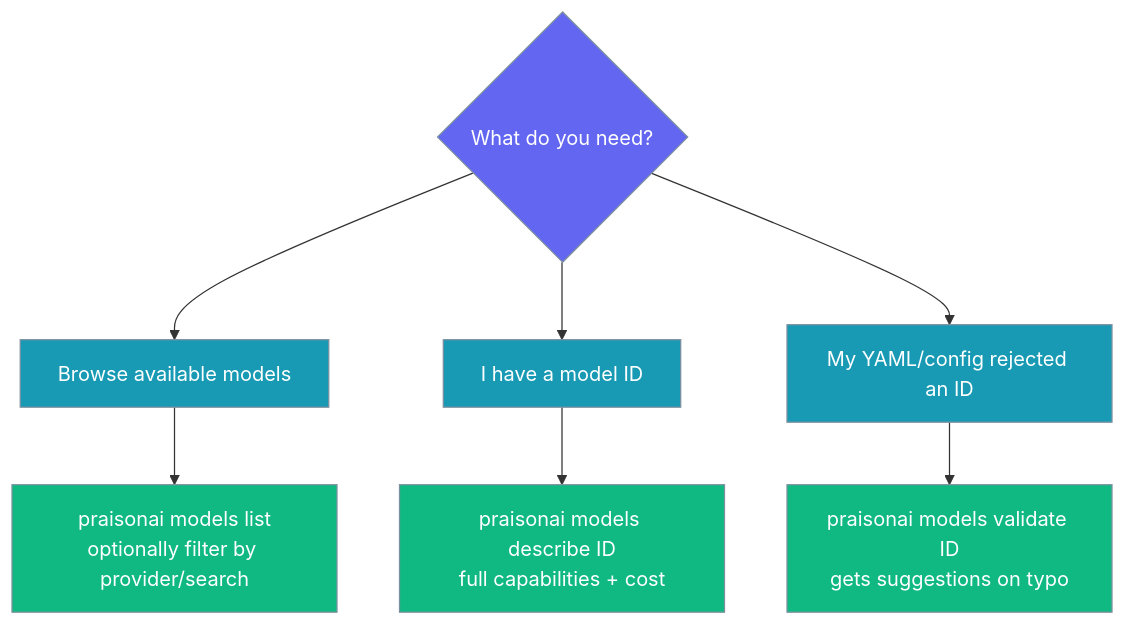
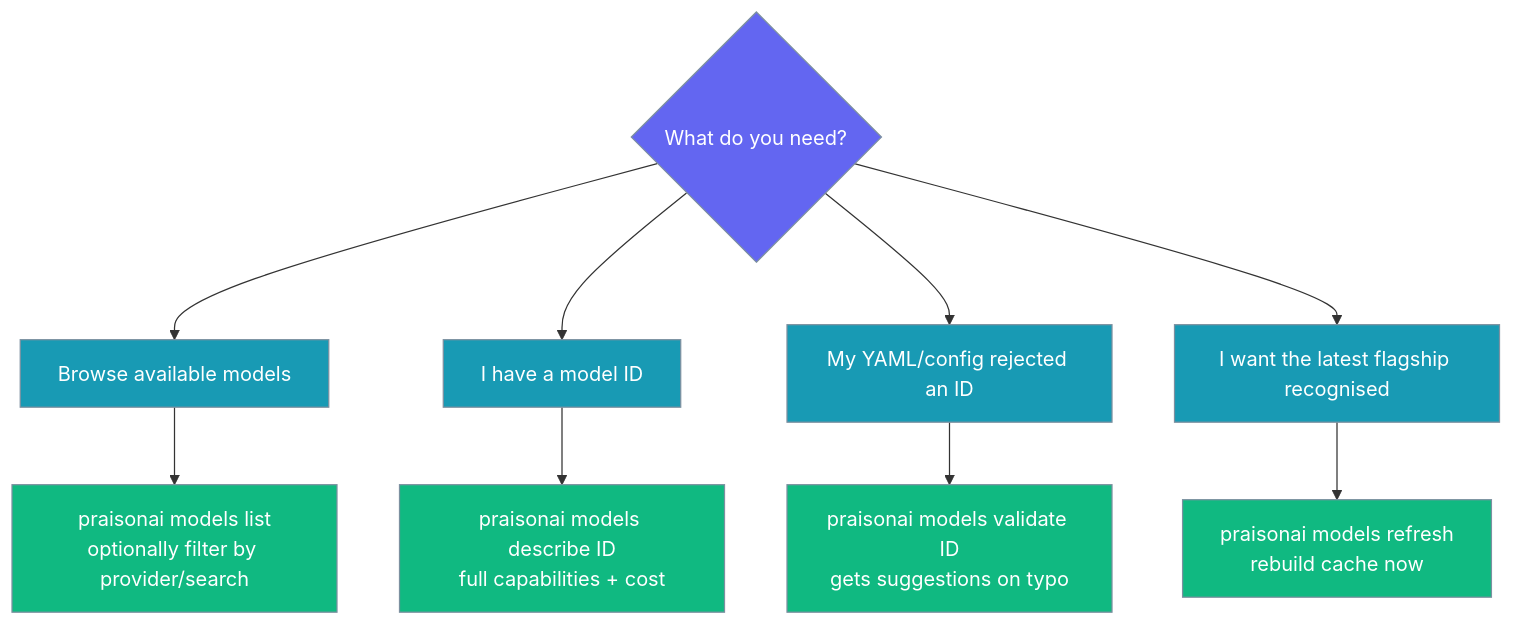
The sixth of 6 diagrams in docs/features/models-cli.mdx (MervinPraison/PraisonAIDocs), drawn with Mermaid before and after one commit. The commit also changed other lines of this file and 2 other files, not shown here.

Commit message:
docs: capability-ranked default model + praisonai models refresh (fixes #4471)

````diff
--- a/docs/features/models-cli.mdx
+++ b/docs/features/models-cli.mdx
@@ -360,18 +402,20 @@
 ```mermaid
 graph TB
     Q{What do you need?} --> A[Browse available models]
     Q --> B[I have a model ID]
     Q --> C[My YAML/config rejected an ID]
+    Q --> R[I want the latest flagship recognised]
 
     A --> L[praisonai models list\noptionally filter by provider/search]
     B --> D[praisonai models describe ID\nfull capabilities + cost]
     C --> V[praisonai models validate ID\ngets suggestions on typo]
+    R --> RF[praisonai models refresh\nrebuild cache now]
 
     classDef question fill:#6366F1,stroke:#7C90A0,color:#fff
     classDef action fill:#189AB4,stroke:#7C90A0,color:#fff
     classDef cmd fill:#10B981,stroke:#7C90A0,color:#fff
 
     class Q question
-    class A,B,C action
-    class L,D,V cmd
+    class A,B,C,R action
+    class L,D,V,RF cmd
 ```
````
